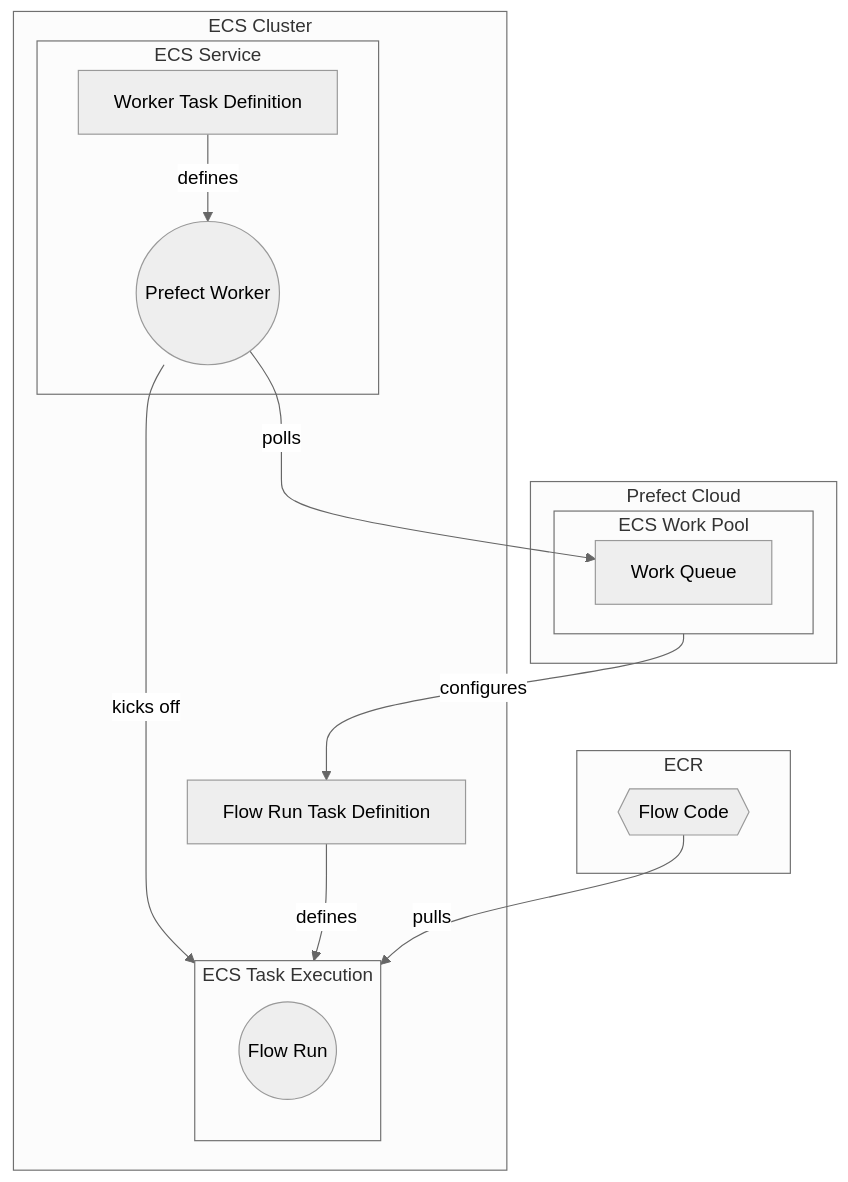
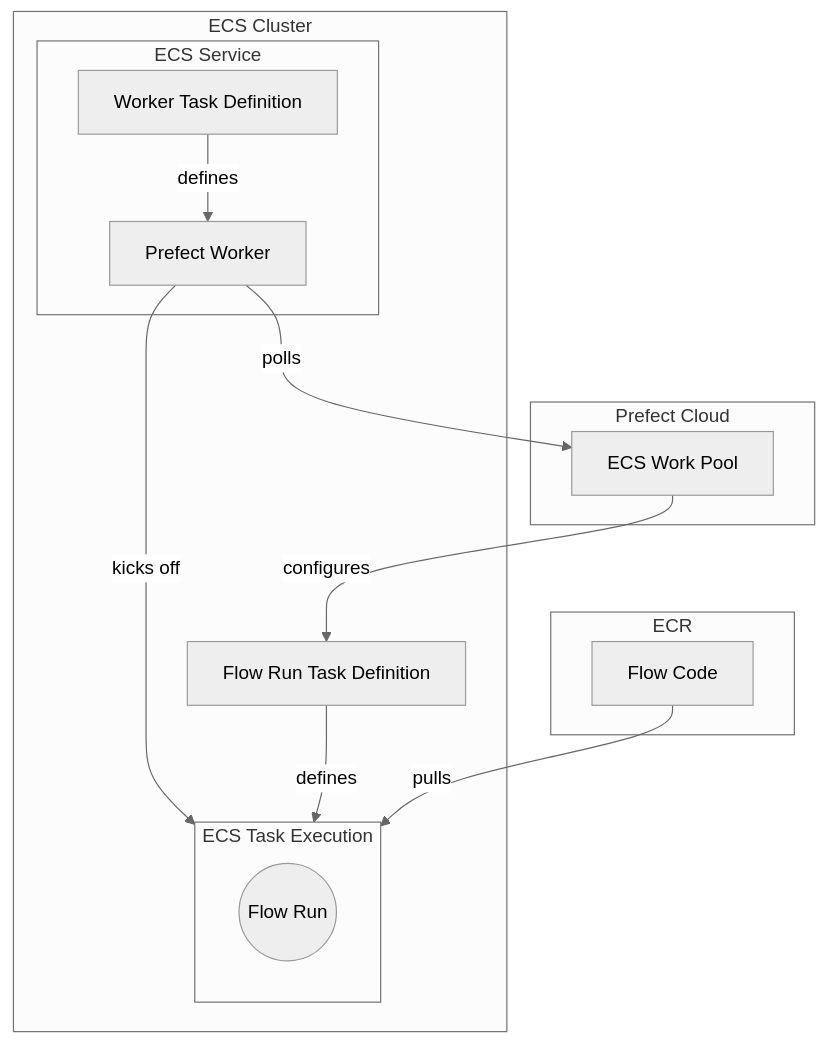
The diagram in docs/integrations/prefect-aws/ecs_guide.mdx (PrefectHQ/prefect), drawn with Mermaid before and after one commit. The commit also changed 1 other file, not shown here.

Commit message:
more consistency

````diff
--- a/docs/integrations/prefect-aws/ecs_guide.mdx
+++ b/docs/integrations/prefect-aws/ecs_guide.mdx
@@ -20,42 +20,39 @@
 ```mermaid
 %%{
   init: {
     'theme': 'neutral',
     'themeVariables': {
       'margin': '10px'
     }
   }
 }%%
 
 flowchart TB
     subgraph ecs_cluster[ECS Cluster]
         subgraph ecs_service[ECS Service]
-            td_worker[Worker Task Definition] --> |defines| prefect_worker((Prefect Worker))
+            td_worker[Worker Task Definition] --> |defines| prefect_worker[Prefect Worker]
         end
 
         prefect_worker -->|kicks off| ecs_task
     
         fr_task_definition[Flow Run Task Definition]
 
-        subgraph ecs_task["ECS Task Execution"]
-        style ecs_task text-align:center,display:flex
+        subgraph ecs_task[ECS Task Execution]
             flow_run((Flow Run))
         end
 
         fr_task_definition -->|defines| ecs_task
     end
 
     subgraph prefect_cloud[Prefect Cloud]
-        subgraph prefect_workpool[ECS Work Pool]
-            workqueue[Work Queue]
-        end
+        work_pool[ECS Work Pool]
     end
 
-    subgraph github["ECR"]
-        flow_code{{"Flow Code"}}
+    subgraph github[ECR]
+        flow_code["Flow Code"]
     end
 
     flow_code --> |pulls| ecs_task
-    prefect_worker -->|polls| workqueue
-    prefect_workpool -->|configures| fr_task_definition
+    prefect_worker -->|polls| work_pool
+    work_pool -->|configures| fr_task_definition
 ```
````
